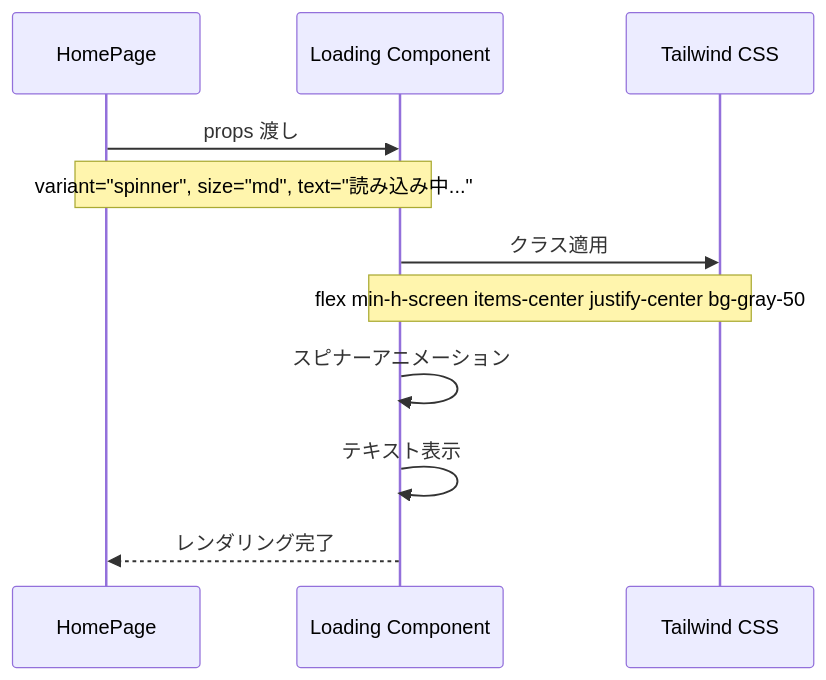
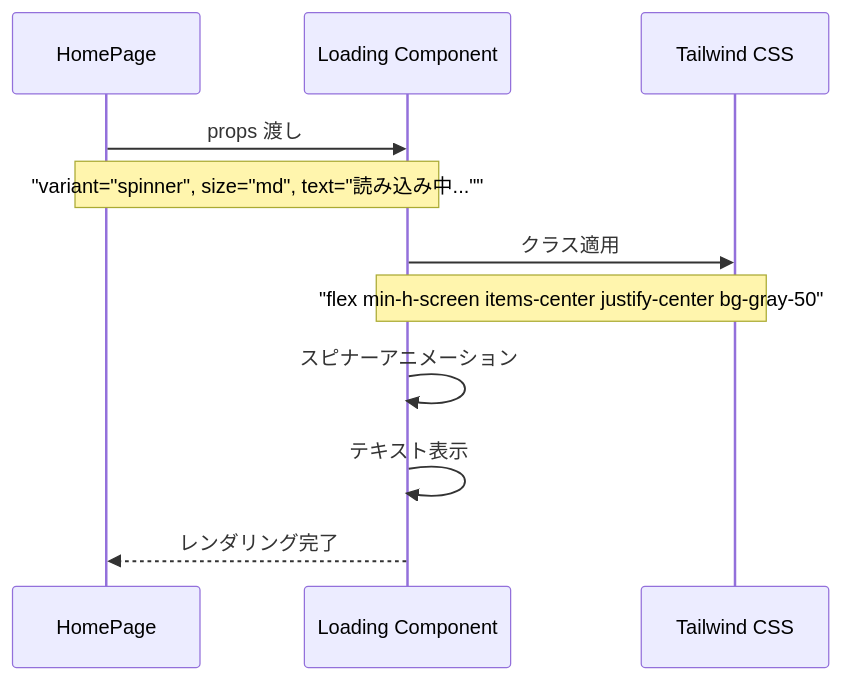
One commit to wasabi49/ocs-systemDevelopmentExercises changed the sixth of 7 diagrams in document/pages/sequence/root.md. Above: the diagram before and after it, drawn with Mermaid. The commit also changed other lines of this file and 42 other files, not shown here.

First line of the commit message:
fix: mermaidシーケンス図のNote over文でダブルクォーテーション不足を修正

````diff
--- a/document/pages/sequence/root.md
+++ b/document/pages/sequence/root.md
@@ -121,16 +121,16 @@
 ```mermaid
 sequenceDiagram
     participant Page as HomePage
     participant LoadingComp as Loading Component
     participant CSS as Tailwind CSS
 
     Page->>LoadingComp: props 渡し
-    Note over Page,LoadingComp: variant="spinner", size="md", text="読み込み中..."
+    Note over Page,LoadingComp: "variant="spinner", size="md", text="読み込み中...""
     
     LoadingComp->>CSS: クラス適用
-    Note over LoadingComp,CSS: flex min-h-screen items-center justify-center bg-gray-50
+    Note over LoadingComp,CSS: "flex min-h-screen items-center justify-center bg-gray-50"
     
     LoadingComp->>LoadingComp: スピナーアニメーション
     LoadingComp->>LoadingComp: テキスト表示
     LoadingComp-->>Page: レンダリング完了
 ```
````
